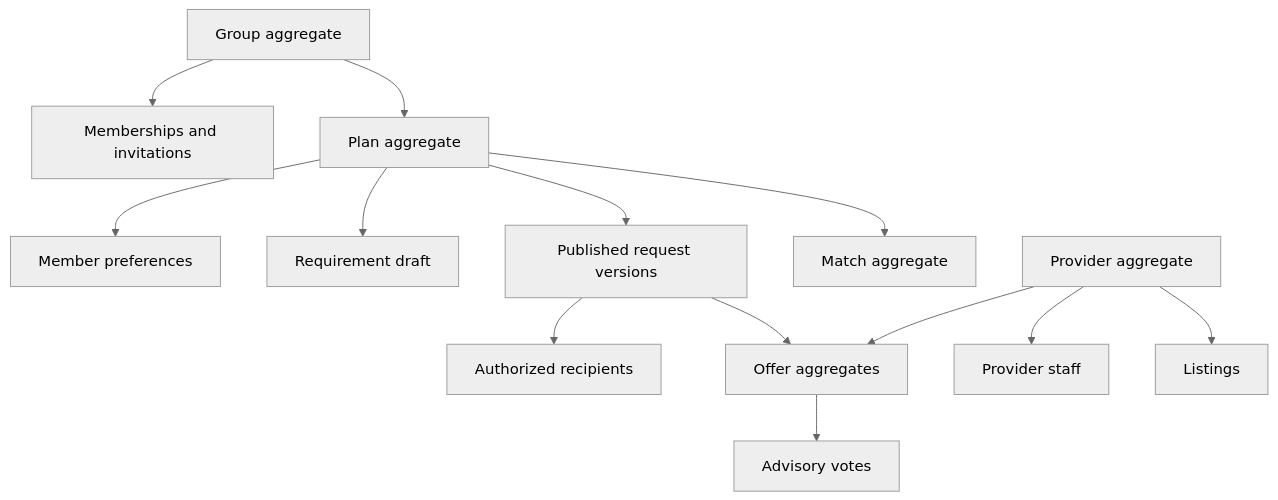
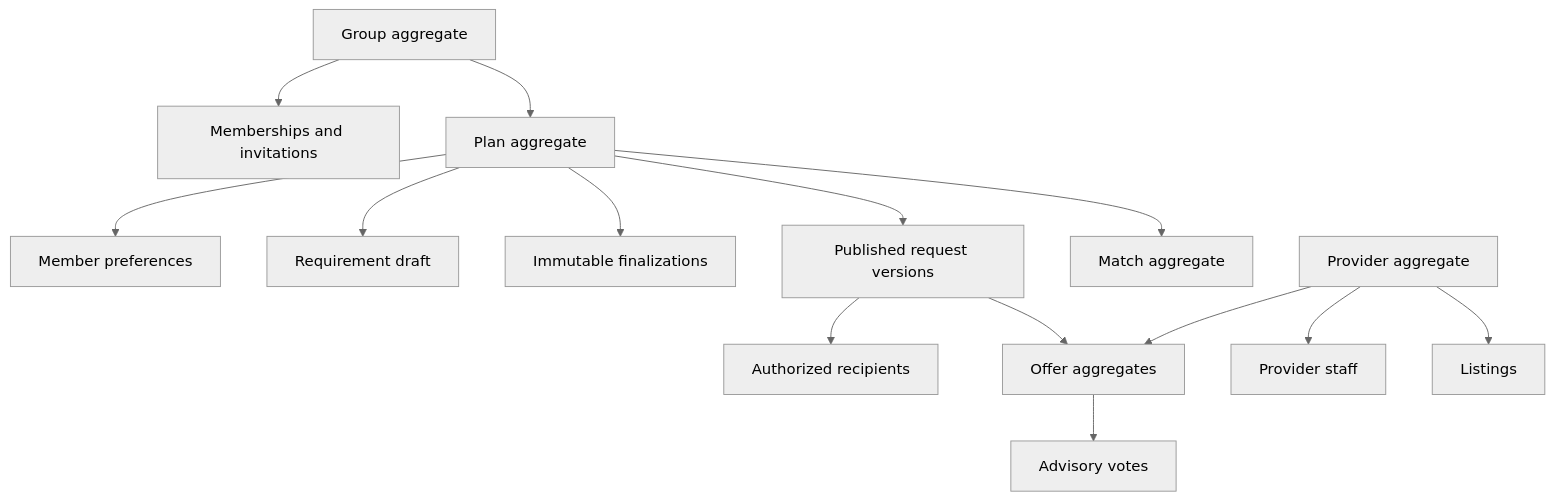
One commit to builtbyjuls/arat changed the first of 9 diagrams in docs/domain-model.md. Above: the diagram before and after it, drawn with Mermaid (neutral theme). The commit also changed other lines of this file and 10 other files, not shown here.

````diff
--- a/docs/domain-model.md
+++ b/docs/domain-model.md
@@ -119,15 +129,16 @@
 ```mermaid
 flowchart TB
     G[Group aggregate] --> GM[Memberships and invitations]
     G --> P[Plan aggregate]
     P --> PP[Member preferences]
     P --> RD[Requirement draft]
+    P --> RF[Immutable finalizations]
     P --> PR[Published request versions]
     PR --> RR[Authorized recipients]
     PR --> O[Offer aggregates]
     O --> V[Advisory votes]
     P --> M[Match aggregate]
     PV[Provider aggregate] --> PM[Provider staff]
     PV --> L[Listings]
     PV --> O
 ```
````
